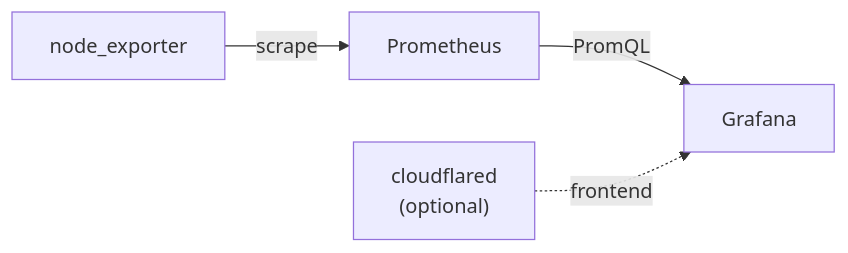
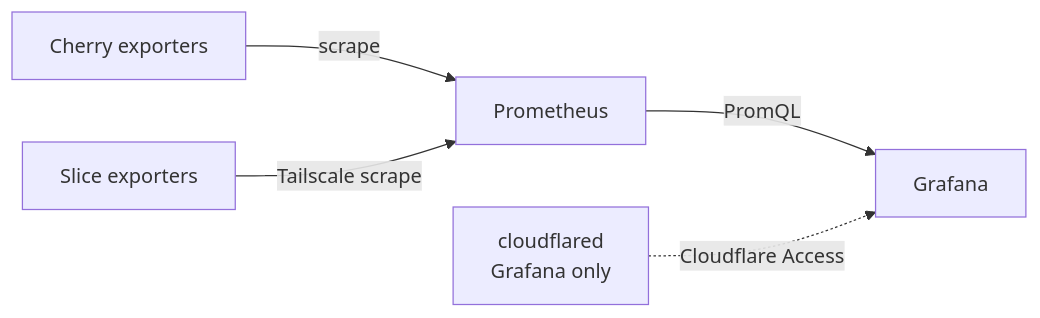
Before and after one commit to picomms/monitoring-nia-pi: the diagram in docs/index.md, drawn with Mermaid. The commit also changed other lines of this file and 37 other files, not shown here.

````diff
--- a/docs/index.md
+++ b/docs/index.md
@@ -12,6 +12,7 @@
 ```mermaid
 flowchart LR
-  NE[node_exporter] -->|scrape| Prometheus
+  Cherry["Cherry exporters"] -->|scrape| Prometheus
+  Slices["Slice exporters"] -->|Tailscale scrape| Prometheus
   Prometheus -->|PromQL| Grafana
-  CF["cloudflared\n(optional)"] -.->|frontend| Grafana
+  CF["cloudflared\nGrafana only"] -.->|Cloudflare Access| Grafana
 ```
````
